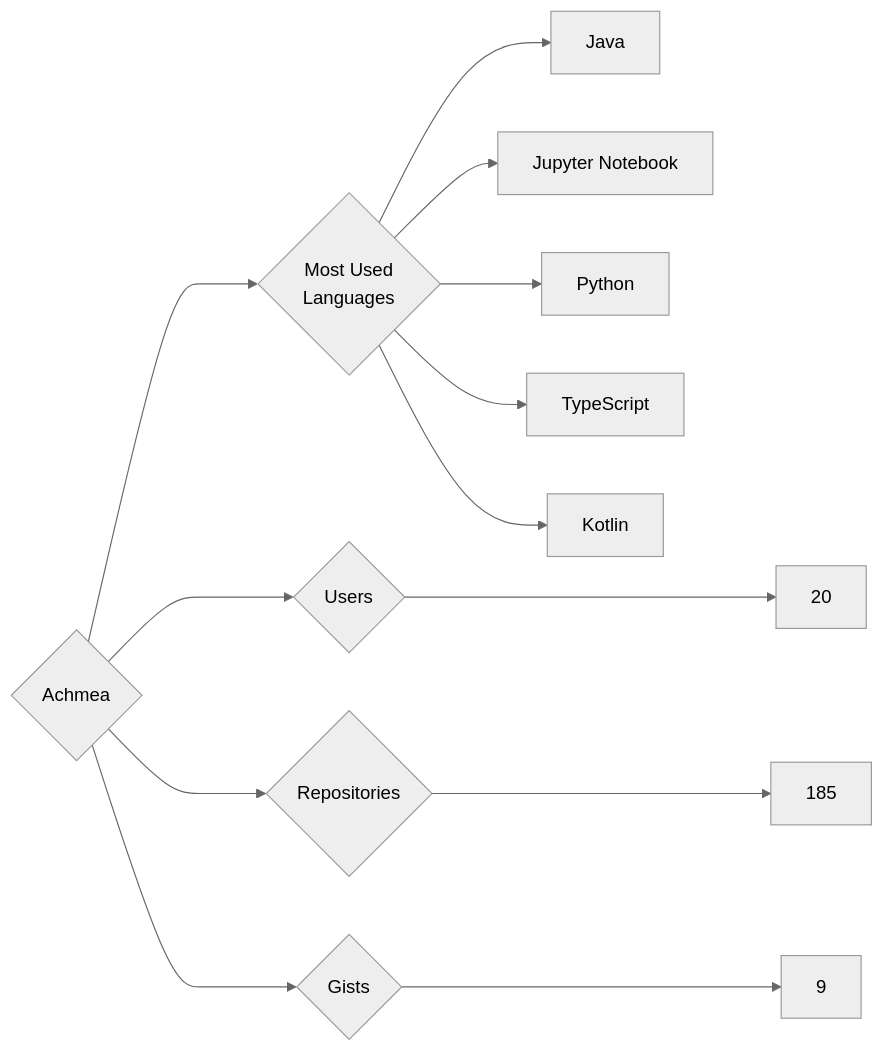
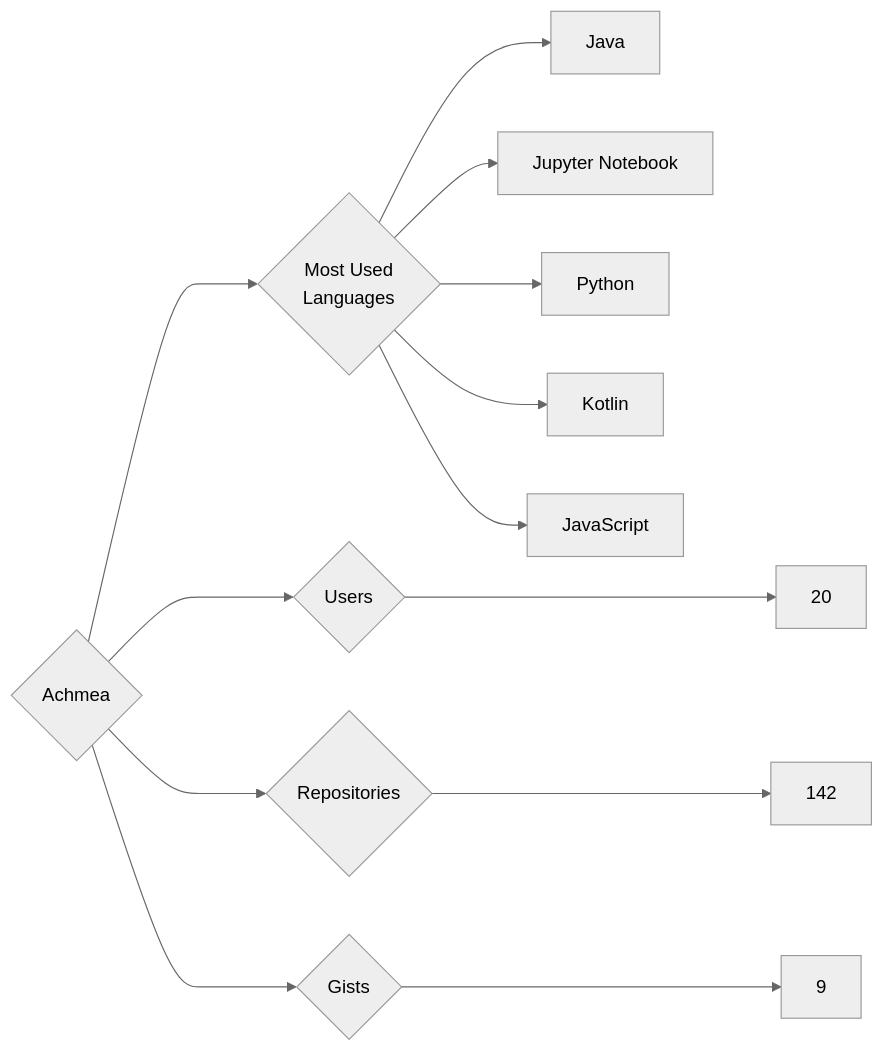
One commit to trickest/insiders changed the diagram in targets/Achmea/README.md. Above: the diagram before and after it, drawn with Mermaid (neutral theme). The commit also changed 861 other files, not shown here.

````diff
--- a/targets/Achmea/README.md
+++ b/targets/Achmea/README.md
@@ -3,13 +3,13 @@
 ```mermaid
 graph LR
 COMPANY_NAME{Achmea}
 COMPANY_NAME ---> U{Users} ---> UN[20]
-COMPANY_NAME ---> R{Repositories} ---> RN[185]
+COMPANY_NAME ---> R{Repositories} ---> RN[142]
 COMPANY_NAME ---> G{Gists} ---> GN[9]
 COMPANY_NAME ---> ML{Most Used<br>Languages}
 ML --> Java[Java]
 ML --> Jupyter_Notebook[Jupyter Notebook]
 ML --> Python[Python]
-ML --> TypeScript[TypeScript]
 ML --> Kotlin[Kotlin]
+ML --> JavaScript[JavaScript]
 ```
````
